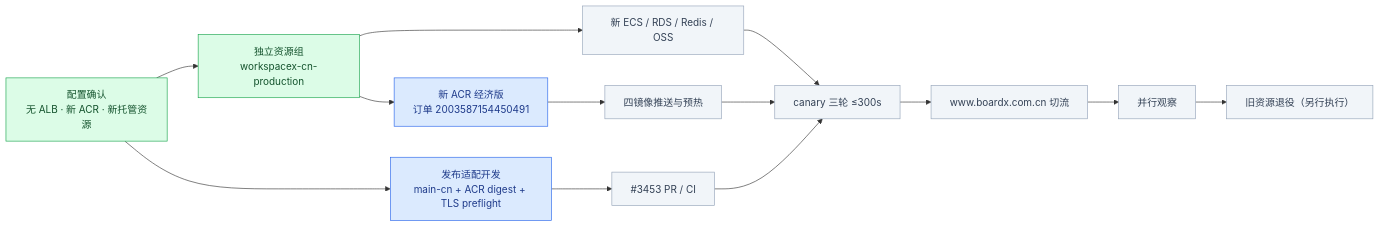
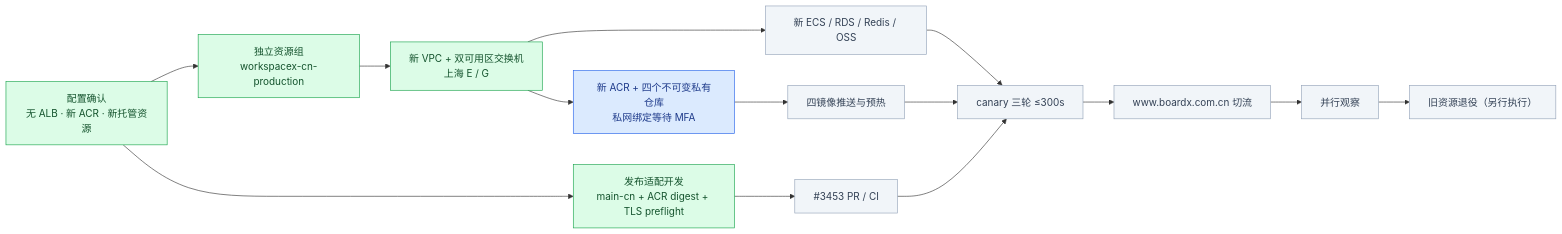
Before and after one commit to boardx/workspacex: the diagram in docs/deployment/cn-production-rollout.md, drawn with Mermaid. The commit also changed other lines of this file, not shown here.

````diff
--- a/docs/deployment/cn-production-rollout.md
+++ b/docs/deployment/cn-production-rollout.md
@@ -56,23 +58,24 @@
 ```mermaid
 flowchart LR
     DEC["配置确认<br/>无 ALB · 新 ACR · 新托管资源"] --> CODE["发布适配开发<br/>main-cn + ACR digest + TLS preflight"]
     CODE --> PR["#3453 PR / CI"]
     DEC --> RG["独立资源组<br/>workspacex-cn-production"]
-    RG --> ACR["新 ACR 经济版<br/>订单 2003587154450491"]
-    RG --> DATA["新 ECS / RDS / Redis / OSS"]
+    RG --> VPC["新 VPC + 双可用区交换机<br/>上海 E / G"]
+    VPC --> ACR["新 ACR + 四个不可变私有仓库<br/>私网绑定等待 MFA"]
+    VPC --> DATA["新 ECS / RDS / Redis / OSS"]
     ACR --> IMG["四镜像推送与预热"]
     DATA --> CANARY["canary 三轮 ≤300s"]
     IMG --> CANARY
     PR --> CANARY
     CANARY --> DNS["www.boardx.com.cn 切流"]
     DNS --> OBS["并行观察"]
     OBS --> RETIRE["旧资源退役（另行执行）"]
 
     classDef done fill:#dcfce7,stroke:#16a34a,color:#14532d;
     classDef accepted fill:#f3e8ff,stroke:#9333ea,color:#581c87;
     classDef active fill:#dbeafe,stroke:#2563eb,color:#1e3a8a;
     classDef pending fill:#f1f5f9,stroke:#94a3b8,color:#334155;
-    class DEC,RG done;
-    class CODE,ACR active;
+    class DEC,RG,VPC,CODE done;
+    class ACR active;
     class PR,DATA,IMG,CANARY,DNS,OBS,RETIRE pending;
 ```
````
